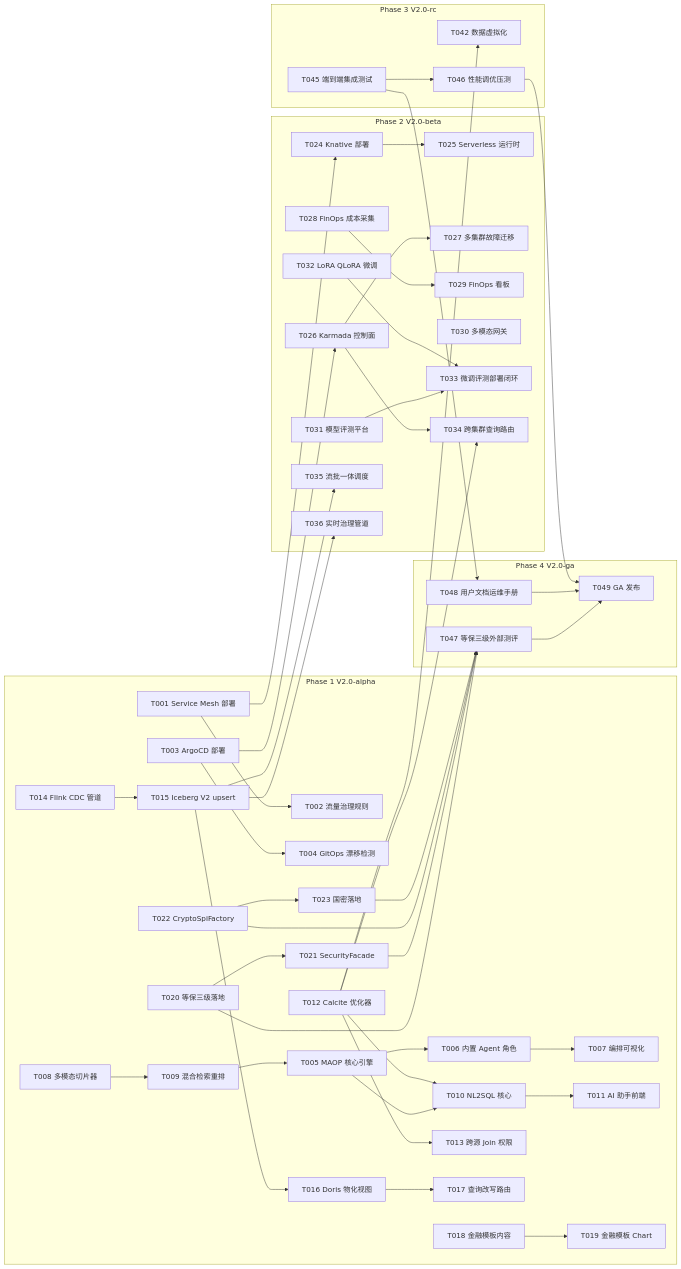
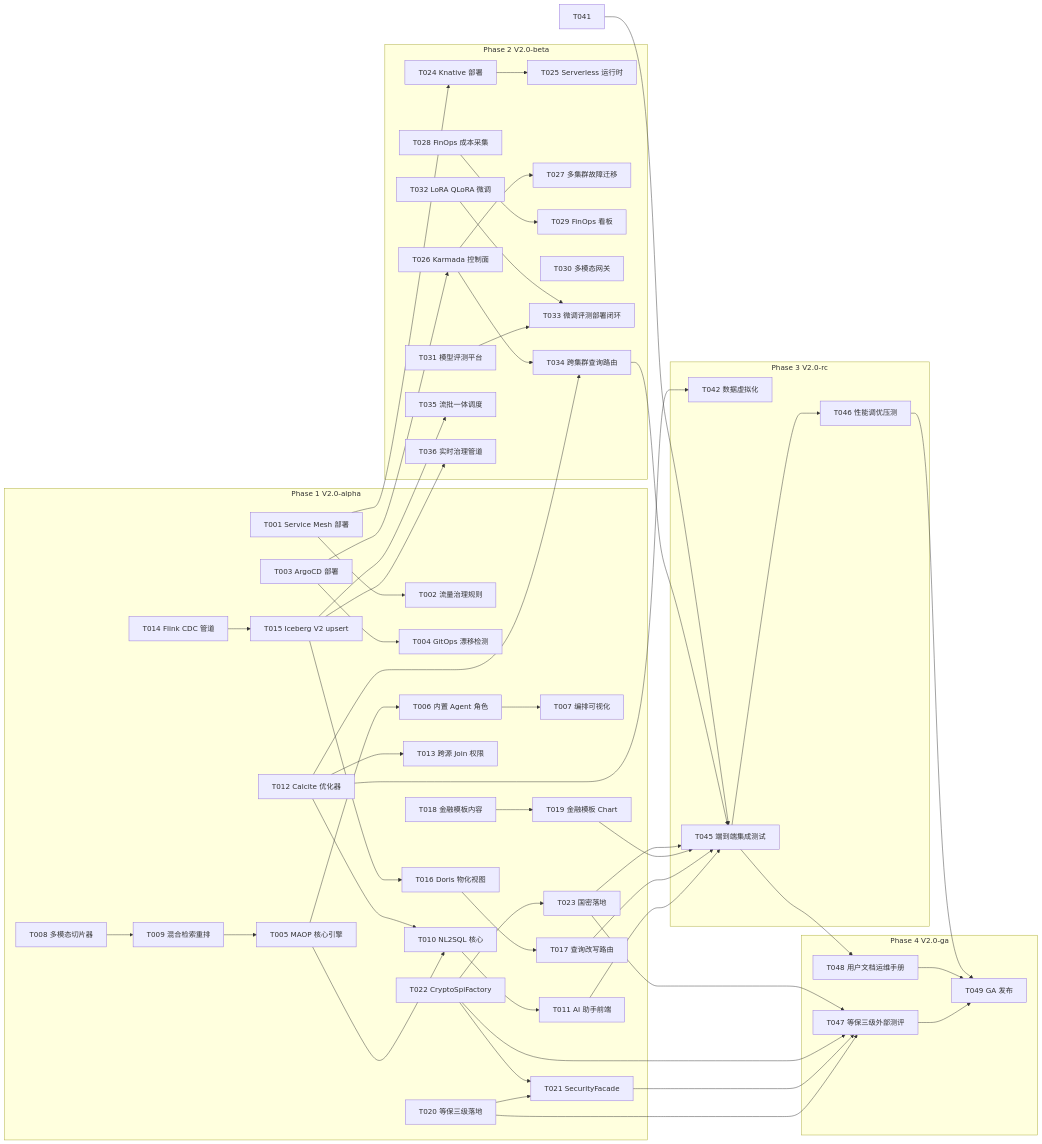
Before and after one commit to Levango7/DataEngineBDP: the second of 3 diagrams in design/v2.0/V2.0_实施计划.md, drawn with Mermaid. The commit also changed other lines of this file and 6 other files, not shown here.

```diff
--- a/design/v2.0/V2.0_实施计划.md
+++ b/design/v2.0/V2.0_实施计划.md
@@ -378,6 +378,7 @@
     T016 --> T017
     T018 --> T019
     T020 --> T021
+    T022 --> T021
     T022 --> T023
 
     T001 --> T024
@@ -394,6 +395,13 @@
 
     T012 --> T042
 
+    T011 --> T045
+    T017 --> T045
+    T019 --> T045
+    T023 --> T045
+    T034 --> T045
+    T041 --> T045
+
     T020 --> T047
     T021 --> T047
     T022 --> T047
```
